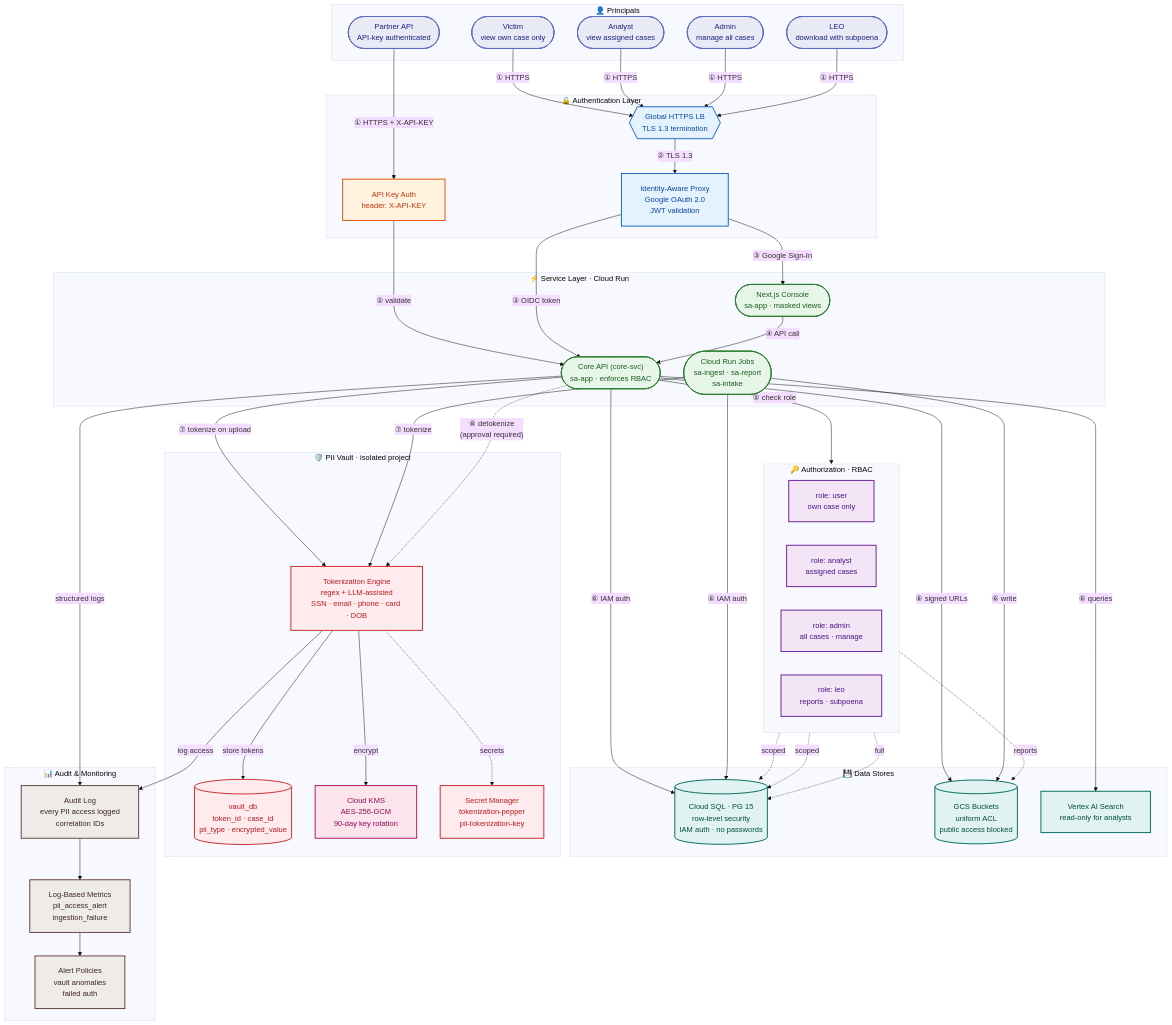
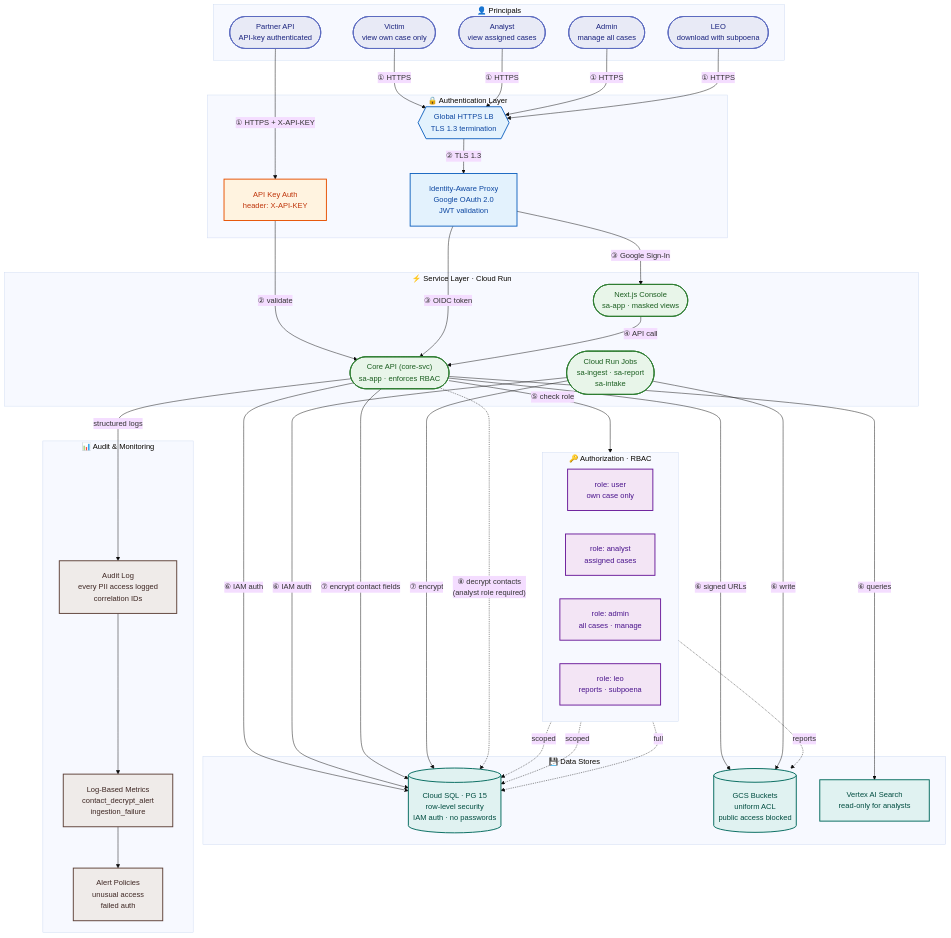
One commit to intelligenceforgood/docs changed the diagram in book/architecture/security-model.md. Above: the diagram before and after it, drawn with Mermaid. The commit also changed other lines of this file and 20 other files, not shown here.

```diff
--- a/book/architecture/security-model.md
+++ b/book/architecture/security-model.md
@@ -15,7 +15,6 @@
     classDef auth      fill:#fff3e0,stroke:#e65100,stroke-width:2px,color:#bf360c
     classDef service   fill:#e8f5e9,stroke:#2e7d32,stroke-width:2px,color:#1b5e20
     classDef data      fill:#e0f2f1,stroke:#00695c,stroke-width:2px,color:#004d40
-    classDef vault     fill:#ffebee,stroke:#c62828,stroke-width:2px,color:#b71c1c
     classDef monitor   fill:#efebe9,stroke:#5d4037,stroke-width:2px,color:#3e2723
     classDef kms       fill:#fce4ec,stroke:#ad1457,stroke-width:2px,color:#880e4f
     classDef role      fill:#f3e5f5,stroke:#6a1b9a,stroke-width:2px,color:#4a148c
@@ -54,17 +53,10 @@
         VectorStore["Vertex AI Search<br/>read-only for analysts"]:::data
     end
 
-    subgraph VaultZone["🛡️ PII Vault · isolated project"]
-        Tokenizer["Tokenization Engine<br/>regex + LLM-assisted<br/>SSN · email · phone · card · DOB"]:::vault
-        VaultDB[("vault_db<br/>token_id · case_id<br/>pii_type · encrypted_value")]:::vault
-        KMS["Cloud KMS<br/>AES-256-GCM<br/>90-day key rotation"]:::kms
-        VaultSecrets["Secret Manager<br/>tokenization-pepper<br/>pii-tokenization-key"]:::vault
-    end
-
     subgraph AuditZone["📊 Audit & Monitoring"]
         AuditLog["Audit Log<br/>every PII access logged<br/>correlation IDs"]:::monitor
-        Alerts["Alert Policies<br/>vault anomalies<br/>failed auth"]:::monitor
-        Metrics["Log-Based Metrics<br/>pii_access_alert<br/>ingestion_failure"]:::monitor
+        Alerts["Alert Policies<br/>unusual access<br/>failed auth"]:::monitor
+        Metrics["Log-Based Metrics<br/>contact_decrypt_alert<br/>ingestion_failure"]:::monitor
     end
 
     Victim -- "① HTTPS" --> LB
@@ -93,15 +85,11 @@
     Workers -- "⑥ IAM auth" --> CaseDB
     Workers -- "⑥ write" --> Evidence
 
-    API -- "⑦ tokenize on upload" --> Tokenizer
-    Workers -- "⑦ tokenize" --> Tokenizer
-    Tokenizer -- "encrypt" --> KMS
-    Tokenizer -- "store tokens" --> VaultDB
-    Tokenizer -. "secrets" .-> VaultSecrets
+    API -- "⑦ encrypt contact fields" --> CaseDB
+    Workers -- "⑦ encrypt" --> CaseDB
 
-    API -. "⑧ detokenize<br/>(approval required)" .-> Tokenizer
+    API -. "⑧ decrypt contacts<br/>(analyst role required)" .-> CaseDB
 
-    Tokenizer -- "log access" --> AuditLog
     API -- "structured logs" --> AuditLog
     AuditLog --> Metrics
     Metrics --> Alerts
```
